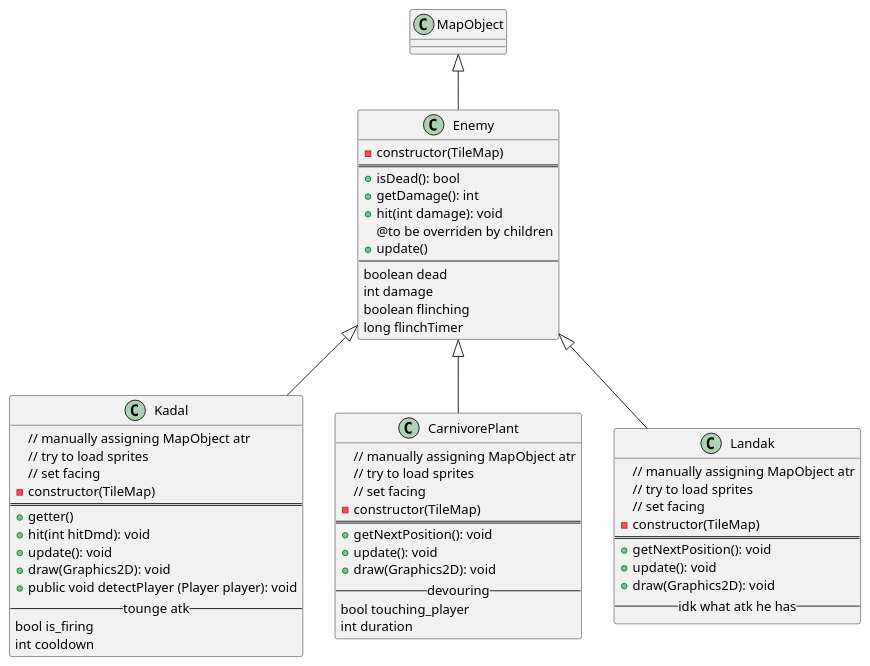
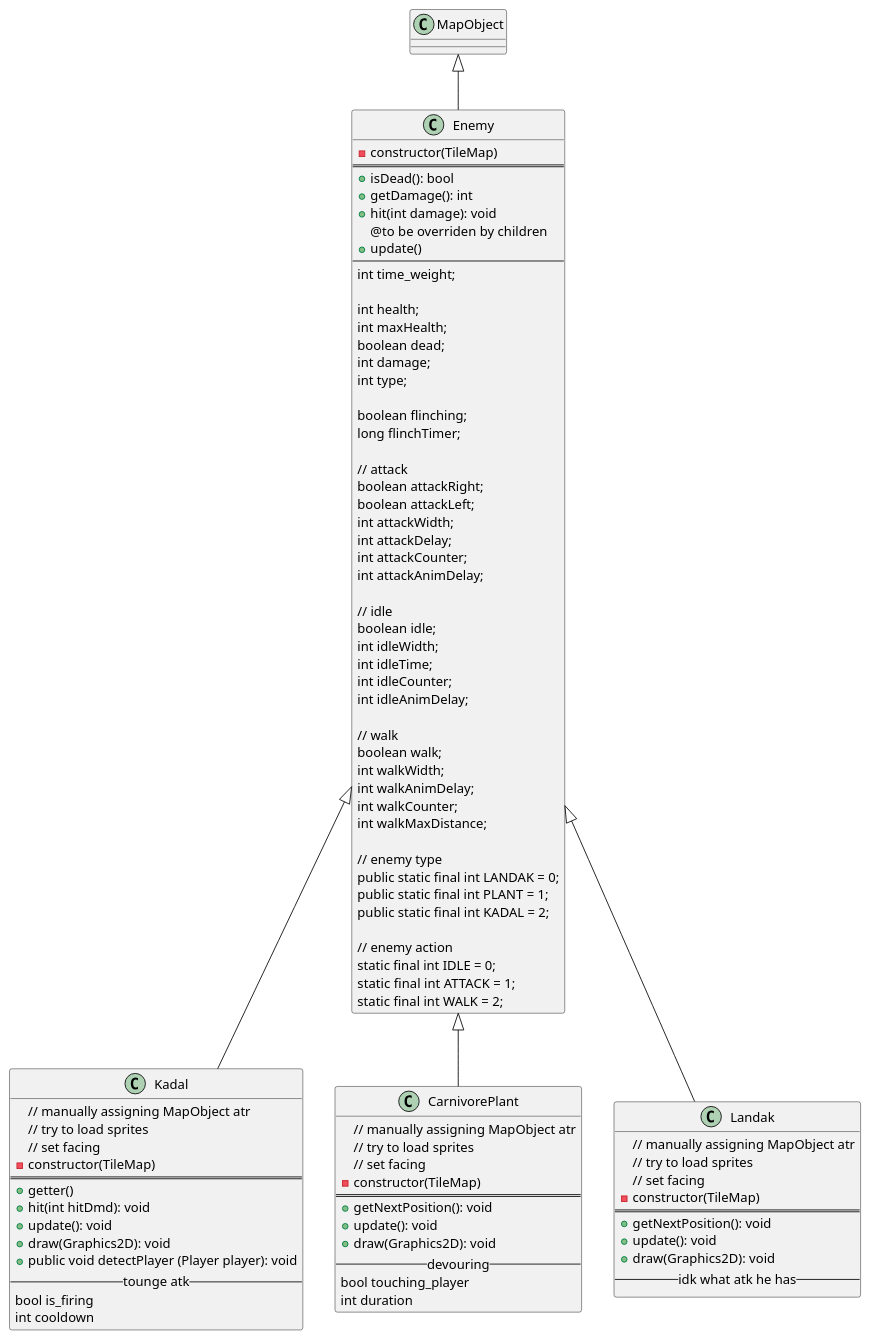
Before and after one commit to ryohilmi/peebojump: the diagram in src/Diagram/EntityClassDiagram/Enemy.puml, drawn with PlantUML.

Commit message:
feat: update ENemy atr diagram

```diff
--- a/src/Diagram/EntityClassDiagram/Enemy.puml
+++ b/src/Diagram/EntityClassDiagram/Enemy.puml
@@ -1,58 +1,96 @@
 @startuml
 class Enemy extends MapObject{
 - constructor(TileMap)
 ==
 + isDead(): bool
 + getDamage(): int
 + hit(int damage): void
 @to be overriden by children
 + update()
 --
-boolean dead
-int damage
-boolean flinching
-long flinchTimer
+int time_weight;
+
+int health;
+int maxHealth;
+boolean dead;
+int damage;
+int type;
+
+boolean flinching;
+long flinchTimer;
+
+// attack
+boolean attackRight;
+boolean attackLeft;
+int attackWidth;
+int attackDelay;
+int attackCounter;
+int attackAnimDelay;
+
+// idle
+boolean idle;
+int idleWidth;
+int idleTime;
+int idleCounter;
+int idleAnimDelay;
+
+// walk
+boolean walk;
+int walkWidth;
+int walkAnimDelay;
+int walkCounter;
+int walkMaxDistance;
+
+// enemy type
+public static final int LANDAK = 0;
+public static final int PLANT = 1;
+public static final int KADAL = 2;
+
+// enemy action
+static final int IDLE = 0;
+static final int ATTACK = 1;
+static final int WALK = 2;
 }
 class Kadal {
 // manually assigning MapObject atr
 // try to load sprites
 // set facing
 - constructor(TileMap)
 ==
 + getter()
 + hit(int hitDmd): void
 + update(): void
 + draw(Graphics2D): void
 + public void detectPlayer (Player player): void
 --tounge atk--
 bool is_firing
 int cooldown
 }
 class CarnivorePlant {
 // manually assigning MapObject atr
 // try to load sprites
 // set facing
 - constructor(TileMap)
 ==
 + getNextPosition(): void
 + update(): void
 + draw(Graphics2D): void
 --devouring--
 bool touching_player
 int duration
 }
 class Landak {
 // manually assigning MapObject atr
 // try to load sprites
 // set facing
 - constructor(TileMap)
 ==
 + getNextPosition(): void
 + update(): void
 + draw(Graphics2D): void
 --idk what atk he has--
 }
 Enemy <|-- Landak
 Enemy <|-- Kadal
 Enemy <|-- CarnivorePlant
 @enduml
```
